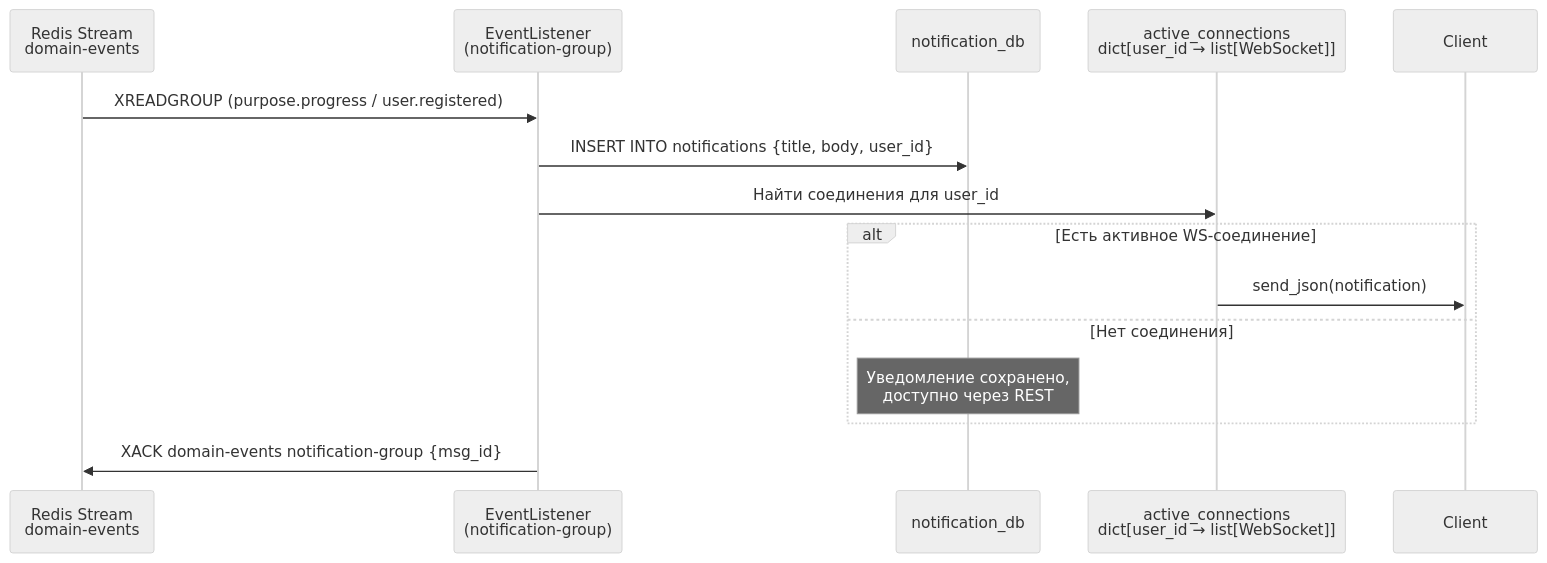
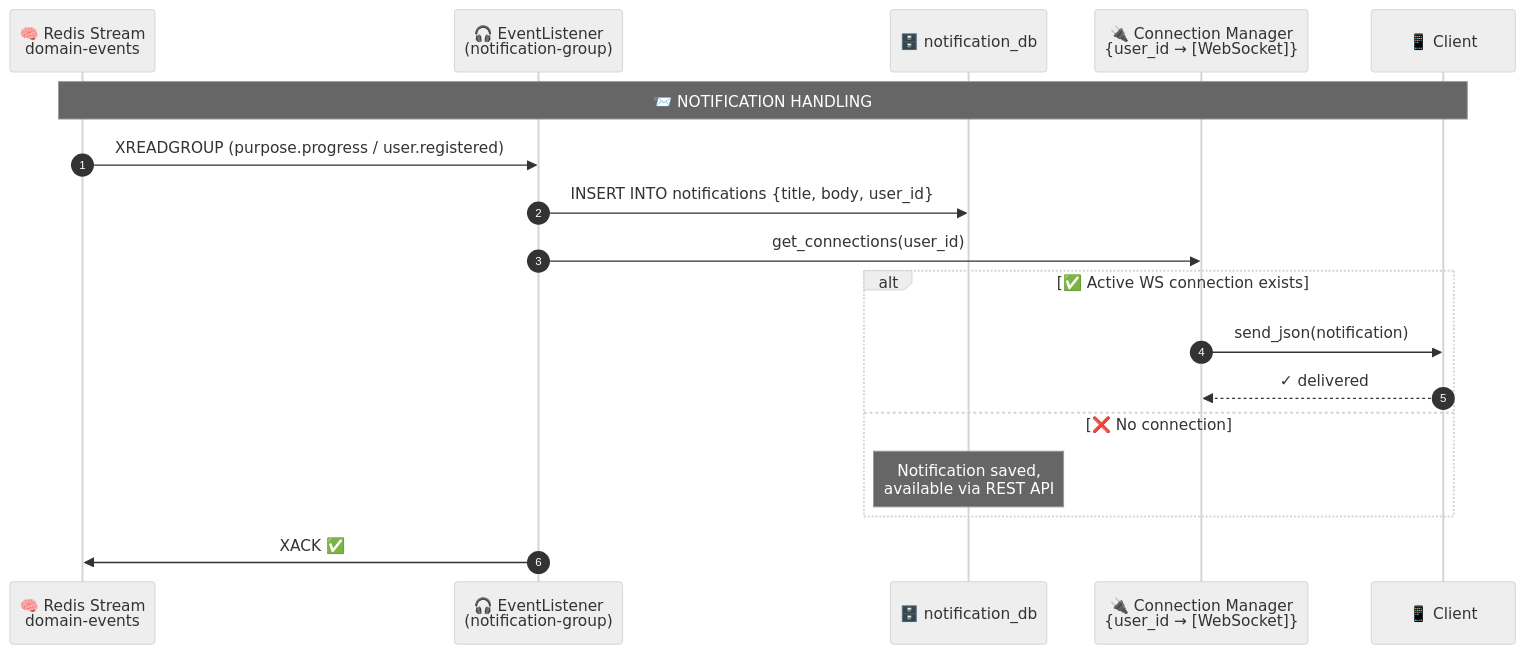
Before and after one commit to Alekcey5977/smart-budget-backend: the diagram in docs/services/notification-service.md, drawn with Mermaid (neutral theme). The commit also changed 10 other files, not shown here.

````diff
--- a/docs/services/notification-service.md
+++ b/docs/services/notification-service.md
@@ -13,18 +13,24 @@
 ```mermaid
 sequenceDiagram
-    participant Redis as Redis Stream<br/>domain-events
-    participant EL as EventListener<br/>(notification-group)
-    participant DB as notification_db
-    participant WS as active_connections<br/>dict[user_id → list[WebSocket]]
-    participant Client
+    autonumber
+    participant Redis as 🧠 Redis Stream<br/>domain-events
+    participant EL as 🎧 EventListener<br/>(notification-group)
+    participant DB as 🗄️ notification_db
+    participant WS as 🔌 Connection Manager<br/>{user_id → [WebSocket]}
+    participant Client as 📱 Client
+
+    Note over Redis,Client: 📨 NOTIFICATION HANDLING
 
     Redis->>EL: XREADGROUP (purpose.progress / user.registered)
     EL->>DB: INSERT INTO notifications {title, body, user_id}
-    EL->>WS: Найти соединения для user_id
-    alt Есть активное WS-соединение
+    EL->>WS: get_connections(user_id)
+    
+    alt ✅ Active WS connection exists
         WS->>Client: send_json(notification)
-    else Нет соединения
-        Note over DB: Уведомление сохранено,<br/>доступно через REST
+        Client-->>WS: ✓ delivered
+    else ❌ No connection
+        Note over DB: Notification saved,<br/>available via REST API
     end
-    EL->>Redis: XACK domain-events notification-group {msg_id}
+    
+    EL->>Redis: XACK ✅
 ```
````
